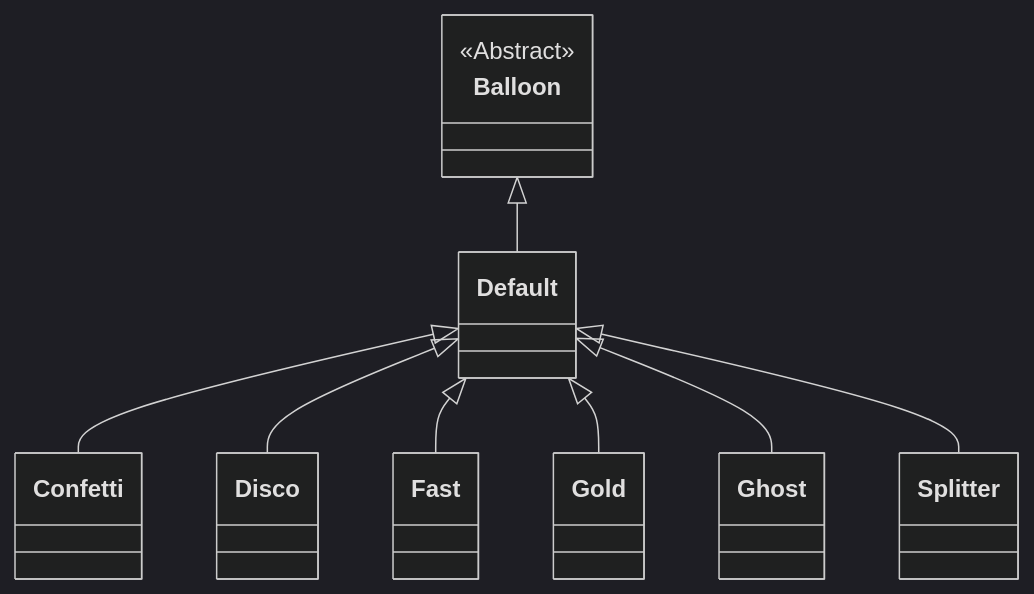
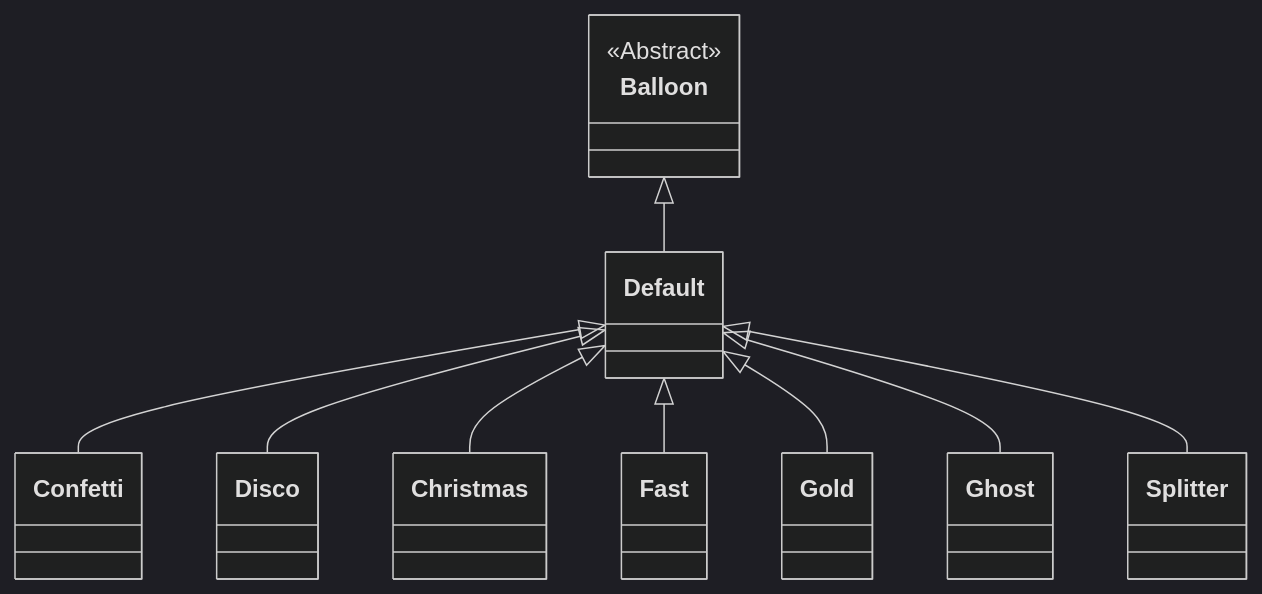
Before and after one commit to SimonStnn/pop-a-loon: the second of 3 diagrams in docs/README.md, drawn with Mermaid (dark theme). The commit also changed other lines of this file and 14 other files, not shown here.

````diff
--- a/docs/README.md
+++ b/docs/README.md
@@ -288,13 +290,14 @@
 ```mermaid
 classDiagram
 direction BT
 class Balloon { <<Abstract>> }
 
 Default --|> Balloon
 Confetti --|> Default
 Disco --|> Default
+Christmas --|> Default
 Fast --|> Default
 Gold --|> Default
 Ghost --|> Default
 Splitter --|> Default
 ```
````
